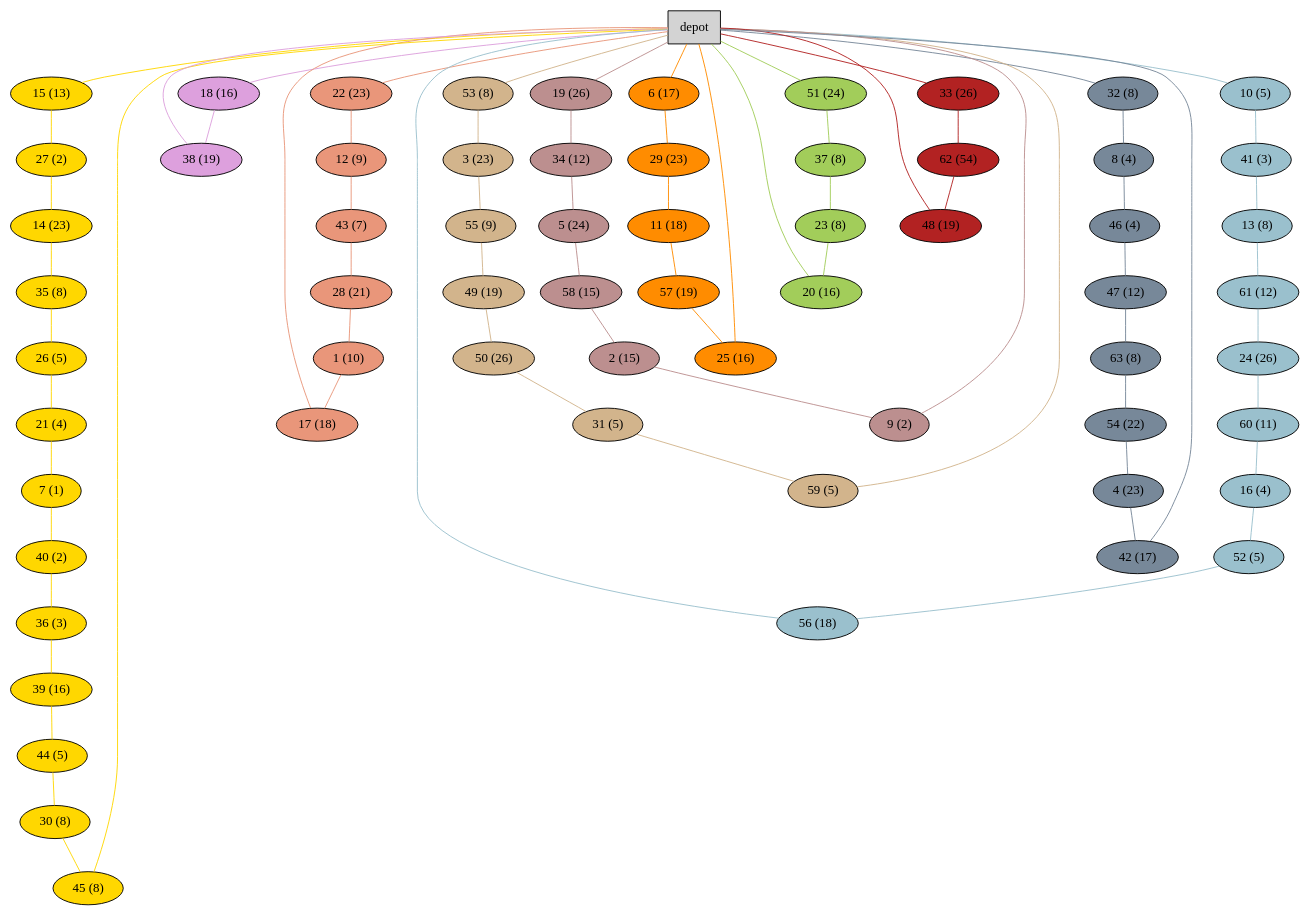
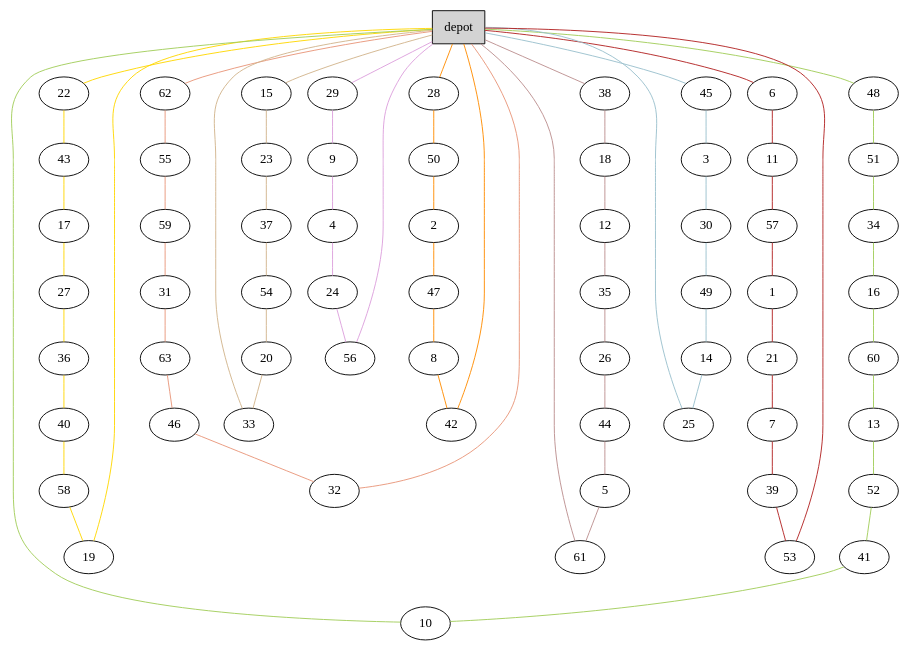
One commit to akheireddine/MAOA changed the diagram in Instances/A/plots_heuristics/A-n64-k9.vrp_G.dot. Above: the diagram before and after it, drawn with Graphviz. The commit also changed 329 other files, not shown here.

```diff
--- a/Instances/A/plots_heuristics/A-n64-k9.vrp_G.dot
+++ b/Instances/A/plots_heuristics/A-n64-k9.vrp_G.dot
@@ -1,139 +1,138 @@
 graph G {
   0[shape = box, label = "depot", style = filled ];
-  22[shape = ellipse, label = "22 (23)", style = filled , fillcolor = darksalmon ];
-  "0"--"22"[color = darksalmon];
-  12[shape = ellipse, label = "12 (9)", style = filled , fillcolor = darksalmon ];
-  "22"--"12"[color = darksalmon];
-  43[shape = ellipse, label = "43 (7)", style = filled , fillcolor = darksalmon ];
-  "12"--"43"[color = darksalmon];
-  28[shape = ellipse, label = "28 (21)", style = filled , fillcolor = darksalmon ];
-  "43"--"28"[color = darksalmon];
-  1[shape = ellipse, label = "1 (10)", style = filled , fillcolor = darksalmon ];
-  "28"--"1"[color = darksalmon];
-  17[shape = ellipse, label = "17 (18)", style = filled , fillcolor = darksalmon ];
-  "1"--"17"[color = darksalmon];
-  "17"--"0"[color = darksalmon];
-  15[shape = ellipse, label = "15 (13)", style = filled , fillcolor = gold ];
-  "0"--"15"[color = gold];
-  27[shape = ellipse, label = "27 (2)", style = filled , fillcolor = gold ];
-  "15"--"27"[color = gold];
-  14[shape = ellipse, label = "14 (23)", style = filled , fillcolor = gold ];
-  "27"--"14"[color = gold];
-  35[shape = ellipse, label = "35 (8)", style = filled , fillcolor = gold ];
-  "14"--"35"[color = gold];
-  26[shape = ellipse, label = "26 (5)", style = filled , fillcolor = gold ];
-  "35"--"26"[color = gold];
-  21[shape = ellipse, label = "21 (4)", style = filled , fillcolor = gold ];
-  "26"--"21"[color = gold];
-  7[shape = ellipse, label = "7 (1)", style = filled , fillcolor = gold ];
-  "21"--"7"[color = gold];
-  40[shape = ellipse, label = "40 (2)", style = filled , fillcolor = gold ];
-  "7"--"40"[color = gold];
-  36[shape = ellipse, label = "36 (3)", style = filled , fillcolor = gold ];
-  "40"--"36"[color = gold];
-  39[shape = ellipse, label = "39 (16)", style = filled , fillcolor = gold ];
-  "36"--"39"[color = gold];
-  44[shape = ellipse, label = "44 (5)", style = filled , fillcolor = gold ];
-  "39"--"44"[color = gold];
-  30[shape = ellipse, label = "30 (8)", style = filled , fillcolor = gold ];
-  "44"--"30"[color = gold];
-  45[shape = ellipse, label = "45 (8)", style = filled , fillcolor = gold ];
-  "30"--"45"[color = gold];
-  "45"--"0"[color = gold];
-  18[shape = ellipse, label = "18 (16)", style = filled , fillcolor = plum ];
-  "0"--"18"[color = plum];
-  38[shape = ellipse, label = "38 (19)", style = filled , fillcolor = plum ];
-  "18"--"38"[color = plum];
-  "38"--"0"[color = plum];
-  53[shape = ellipse, label = "53 (8)", style = filled , fillcolor = tan ];
-  "0"--"53"[color = tan];
-  3[shape = ellipse, label = "3 (23)", style = filled , fillcolor = tan ];
-  "53"--"3"[color = tan];
-  55[shape = ellipse, label = "55 (9)", style = filled , fillcolor = tan ];
-  "3"--"55"[color = tan];
-  49[shape = ellipse, label = "49 (19)", style = filled , fillcolor = tan ];
-  "55"--"49"[color = tan];
-  50[shape = ellipse, label = "50 (26)", style = filled , fillcolor = tan ];
-  "49"--"50"[color = tan];
-  31[shape = ellipse, label = "31 (5)", style = filled , fillcolor = tan ];
-  "50"--"31"[color = tan];
-  59[shape = ellipse, label = "59 (5)", style = filled , fillcolor = tan ];
-  "31"--"59"[color = tan];
-  "59"--"0"[color = tan];
-  6[shape = ellipse, label = "6 (17)", style = filled , fillcolor = darkorange ];
-  "0"--"6"[color = darkorange];
-  29[shape = ellipse, label = "29 (23)", style = filled , fillcolor = darkorange ];
-  "6"--"29"[color = darkorange];
-  11[shape = ellipse, label = "11 (18)", style = filled , fillcolor = darkorange ];
-  "29"--"11"[color = darkorange];
-  57[shape = ellipse, label = "57 (19)", style = filled , fillcolor = darkorange ];
-  "11"--"57"[color = darkorange];
-  25[shape = ellipse, label = "25 (16)", style = filled , fillcolor = darkorange ];
-  "57"--"25"[color = darkorange];
-  "25"--"0"[color = darkorange];
-  19[shape = ellipse, label = "19 (26)", style = filled , fillcolor = rosybrown ];
-  "0"--"19"[color = rosybrown];
-  34[shape = ellipse, label = "34 (12)", style = filled , fillcolor = rosybrown ];
-  "19"--"34"[color = rosybrown];
-  5[shape = ellipse, label = "5 (24)", style = filled , fillcolor = rosybrown ];
-  "34"--"5"[color = rosybrown];
-  58[shape = ellipse, label = "58 (15)", style = filled , fillcolor = rosybrown ];
-  "5"--"58"[color = rosybrown];
-  2[shape = ellipse, label = "2 (15)", style = filled , fillcolor = rosybrown ];
-  "58"--"2"[color = rosybrown];
-  9[shape = ellipse, label = "9 (2)", style = filled , fillcolor = rosybrown ];
-  "2"--"9"[color = rosybrown];
-  "9"--"0"[color = rosybrown];
-  51[shape = ellipse, label = "51 (24)", style = filled , fillcolor = darkolivegreen3 ];
-  "0"--"51"[color = darkolivegreen3];
-  37[shape = ellipse, label = "37 (8)", style = filled , fillcolor = darkolivegreen3 ];
-  "51"--"37"[color = darkolivegreen3];
-  23[shape = ellipse, label = "23 (8)", style = filled , fillcolor = darkolivegreen3 ];
-  "37"--"23"[color = darkolivegreen3];
-  20[shape = ellipse, label = "20 (16)", style = filled , fillcolor = darkolivegreen3 ];
-  "23"--"20"[color = darkolivegreen3];
-  "20"--"0"[color = darkolivegreen3];
-  10[shape = ellipse, label = "10 (5)", style = filled , fillcolor = lightblue3 ];
-  "0"--"10"[color = lightblue3];
-  41[shape = ellipse, label = "41 (3)", style = filled , fillcolor = lightblue3 ];
-  "10"--"41"[color = lightblue3];
-  13[shape = ellipse, label = "13 (8)", style = filled , fillcolor = lightblue3 ];
-  "41"--"13"[color = lightblue3];
-  61[shape = ellipse, label = "61 (12)", style = filled , fillcolor = lightblue3 ];
-  "13"--"61"[color = lightblue3];
-  24[shape = ellipse, label = "24 (26)", style = filled , fillcolor = lightblue3 ];
-  "61"--"24"[color = lightblue3];
-  60[shape = ellipse, label = "60 (11)", style = filled , fillcolor = lightblue3 ];
-  "24"--"60"[color = lightblue3];
-  16[shape = ellipse, label = "16 (4)", style = filled , fillcolor = lightblue3 ];
-  "60"--"16"[color = lightblue3];
-  52[shape = ellipse, label = "52 (5)", style = filled , fillcolor = lightblue3 ];
-  "16"--"52"[color = lightblue3];
-  56[shape = ellipse, label = "56 (18)", style = filled , fillcolor = lightblue3 ];
-  "52"--"56"[color = lightblue3];
-  "56"--"0"[color = lightblue3];
-  33[shape = ellipse, label = "33 (26)", style = filled , fillcolor = firebrick ];
-  "0"--"33"[color = firebrick];
-  62[shape = ellipse, label = "62 (54)", style = filled , fillcolor = firebrick ];
-  "33"--"62"[color = firebrick];
-  48[shape = ellipse, label = "48 (19)", style = filled , fillcolor = firebrick ];
-  "62"--"48"[color = firebrick];
-  "48"--"0"[color = firebrick];
-  32[shape = ellipse, label = "32 (8)", style = filled , fillcolor = lightslategray ];
-  "0"--"32"[color = lightslategray];
-  8[shape = ellipse, label = "8 (4)", style = filled , fillcolor = lightslategray ];
-  "32"--"8"[color = lightslategray];
-  46[shape = ellipse, label = "46 (4)", style = filled , fillcolor = lightslategray ];
-  "8"--"46"[color = lightslategray];
-  47[shape = ellipse, label = "47 (12)", style = filled , fillcolor = lightslategray ];
-  "46"--"47"[color = lightslategray];
-  63[shape = ellipse, label = "63 (8)", style = filled , fillcolor = lightslategray ];
-  "47"--"63"[color = lightslategray];
-  54[shape = ellipse, label = "54 (22)", style = filled , fillcolor = lightslategray ];
-  "63"--"54"[color = lightslategray];
-  4[shape = ellipse, label = "4 (23)", style = filled , fillcolor = lightslategray ];
-  "54"--"4"[color = lightslategray];
-  42[shape = ellipse, label = "42 (17)", style = filled , fillcolor = lightslategray ];
-  "4"--"42"[color = lightslategray];
-  "42"--"0"[color = lightslategray];
+  62[shape = ellipse];
+  "0"--"62"[color = darksalmon];
+  55[shape = ellipse];
+  "62"--"55"[color = darksalmon];
+  59[shape = ellipse];
+  "55"--"59"[color = darksalmon];
+  31[shape = ellipse];
+  "59"--"31"[color = darksalmon];
+  63[shape = ellipse];
+  "31"--"63"[color = darksalmon];
+  46[shape = ellipse];
+  "63"--"46"[color = darksalmon];
+  32[shape = ellipse];
+  "46"--"32"[color = darksalmon];
+  "32"--"0"[color = darksalmon];
+  22[shape = ellipse];
+  "0"--"22"[color = gold];
+  43[shape = ellipse];
+  "22"--"43"[color = gold];
+  17[shape = ellipse];
+  "43"--"17"[color = gold];
+  27[shape = ellipse];
+  "17"--"27"[color = gold];
+  36[shape = ellipse];
+  "27"--"36"[color = gold];
+  40[shape = ellipse];
+  "36"--"40"[color = gold];
+  58[shape = ellipse];
+  "40"--"58"[color = gold];
+  19[shape = ellipse];
+  "58"--"19"[color = gold];
+  "19"--"0"[color = gold];
+  29[shape = ellipse];
+  "0"--"29"[color = plum];
+  9[shape = ellipse];
+  "29"--"9"[color = plum];
+  4[shape = ellipse];
+  "9"--"4"[color = plum];
+  24[shape = ellipse];
+  "4"--"24"[color = plum];
+  56[shape = ellipse];
+  "24"--"56"[color = plum];
+  "56"--"0"[color = plum];
+  15[shape = ellipse];
+  "0"--"15"[color = tan];
+  23[shape = ellipse];
+  "15"--"23"[color = tan];
+  37[shape = ellipse];
+  "23"--"37"[color = tan];
+  54[shape = ellipse];
+  "37"--"54"[color = tan];
+  20[shape = ellipse];
+  "54"--"20"[color = tan];
+  33[shape = ellipse];
+  "20"--"33"[color = tan];
+  "33"--"0"[color = tan];
+  28[shape = ellipse];
+  "0"--"28"[color = darkorange];
+  50[shape = ellipse];
+  "28"--"50"[color = darkorange];
+  2[shape = ellipse];
+  "50"--"2"[color = darkorange];
+  47[shape = ellipse];
+  "2"--"47"[color = darkorange];
+  8[shape = ellipse];
+  "47"--"8"[color = darkorange];
+  42[shape = ellipse];
+  "8"--"42"[color = darkorange];
+  "42"--"0"[color = darkorange];
+  38[shape = ellipse];
+  "0"--"38"[color = rosybrown];
+  18[shape = ellipse];
+  "38"--"18"[color = rosybrown];
+  12[shape = ellipse];
+  "18"--"12"[color = rosybrown];
+  35[shape = ellipse];
+  "12"--"35"[color = rosybrown];
+  26[shape = ellipse];
+  "35"--"26"[color = rosybrown];
+  44[shape = ellipse];
+  "26"--"44"[color = rosybrown];
+  5[shape = ellipse];
+  "44"--"5"[color = rosybrown];
+  61[shape = ellipse];
+  "5"--"61"[color = rosybrown];
+  "61"--"0"[color = rosybrown];
+  48[shape = ellipse];
+  "0"--"48"[color = darkolivegreen3];
+  51[shape = ellipse];
+  "48"--"51"[color = darkolivegreen3];
+  34[shape = ellipse];
+  "51"--"34"[color = darkolivegreen3];
+  16[shape = ellipse];
+  "34"--"16"[color = darkolivegreen3];
+  60[shape = ellipse];
+  "16"--"60"[color = darkolivegreen3];
+  13[shape = ellipse];
+  "60"--"13"[color = darkolivegreen3];
+  52[shape = ellipse];
+  "13"--"52"[color = darkolivegreen3];
+  41[shape = ellipse];
+  "52"--"41"[color = darkolivegreen3];
+  10[shape = ellipse];
+  "41"--"10"[color = darkolivegreen3];
+  "10"--"0"[color = darkolivegreen3];
+  45[shape = ellipse];
+  "0"--"45"[color = lightblue3];
+  3[shape = ellipse];
+  "45"--"3"[color = lightblue3];
+  30[shape = ellipse];
+  "3"--"30"[color = lightblue3];
+  49[shape = ellipse];
+  "30"--"49"[color = lightblue3];
+  14[shape = ellipse];
+  "49"--"14"[color = lightblue3];
+  25[shape = ellipse];
+  "14"--"25"[color = lightblue3];
+  "25"--"0"[color = lightblue3];
+  6[shape = ellipse];
+  "0"--"6"[color = firebrick];
+  11[shape = ellipse];
+  "6"--"11"[color = firebrick];
+  57[shape = ellipse];
+  "11"--"57"[color = firebrick];
+  1[shape = ellipse];
+  "57"--"1"[color = firebrick];
+  21[shape = ellipse];
+  "1"--"21"[color = firebrick];
+  7[shape = ellipse];
+  "21"--"7"[color = firebrick];
+  39[shape = ellipse];
+  "7"--"39"[color = firebrick];
+  53[shape = ellipse];
+  "39"--"53"[color = firebrick];
+  "53"--"0"[color = firebrick];
 }
```
